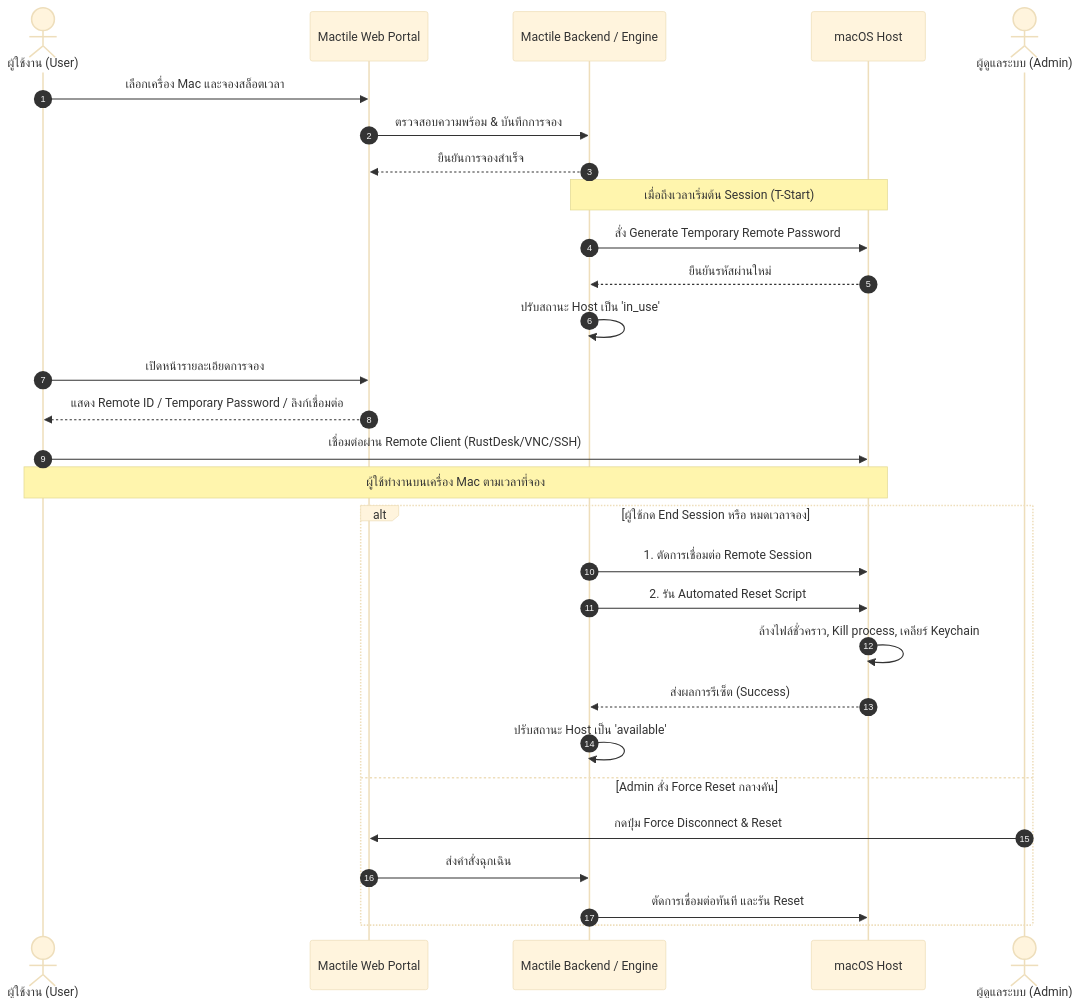
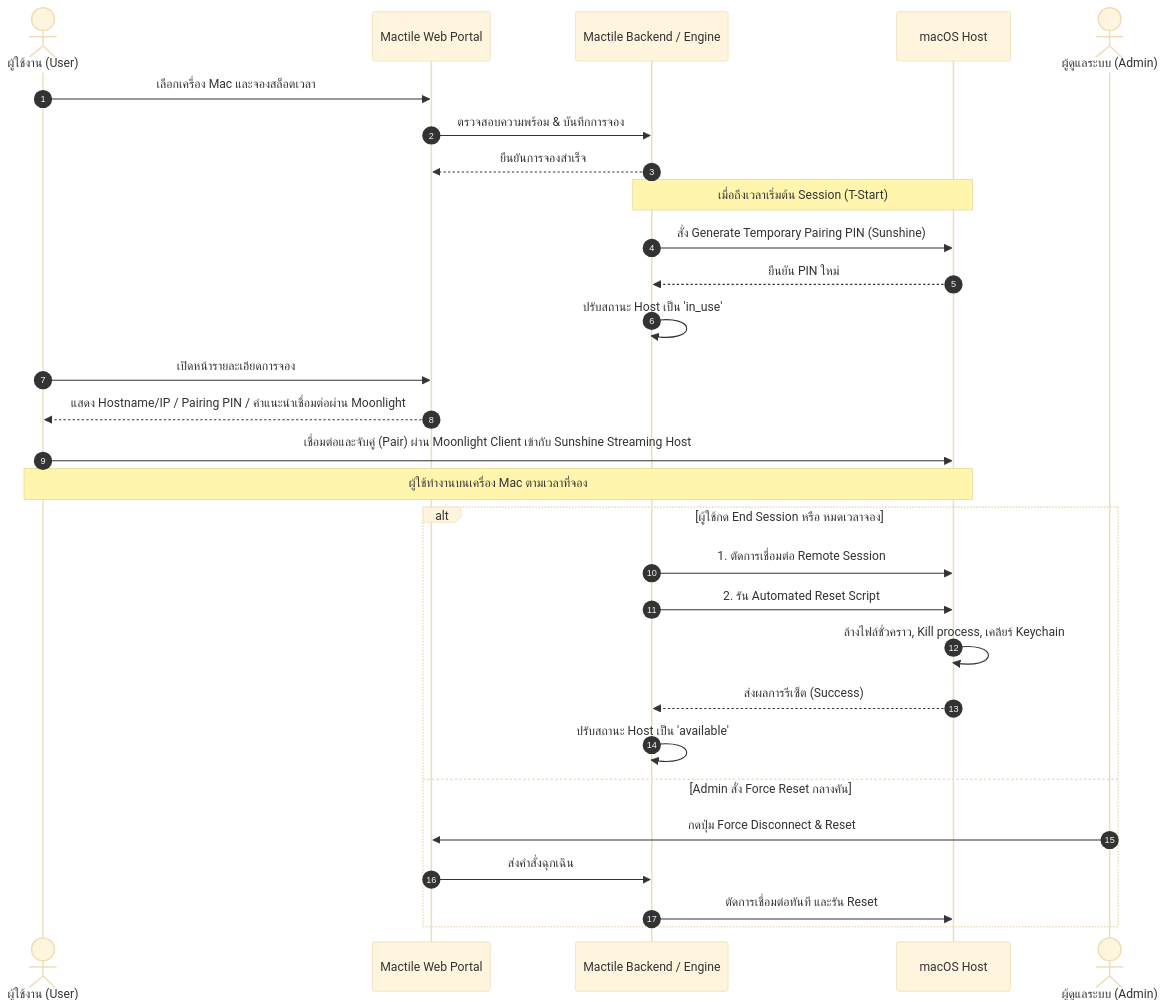
One commit to Sc4ll0pS/LAB-DOC changed the third of 3 diagrams in docs/requirements_specification.md. Above: the diagram before and after it, drawn with Mermaid (base theme). The commit also changed other lines of this file and 3 other files, not shown here.

````diff
--- a/docs/requirements_specification.md
+++ b/docs/requirements_specification.md
@@ -275,36 +277,36 @@
 ```mermaid
 sequenceDiagram
     autonumber
     actor User as ผู้ใช้งาน (User)
     participant Web as Mactile Web Portal
     participant Core as Mactile Backend / Engine
     participant Host as macOS Host
     actor Admin as ผู้ดูแลระบบ (Admin)
 
     User->>Web: เลือกเครื่อง Mac และจองสล็อตเวลา
     Web->>Core: ตรวจสอบความพร้อม & บันทึกการจอง
     Core-->>Web: ยืนยันการจองสำเร็จ
 
     Note over Core,Host: เมื่อถึงเวลาเริ่มต้น Session (T-Start)
-    Core->>Host: สั่ง Generate Temporary Remote Password
-    Host-->>Core: ยืนยันรหัสผ่านใหม่
+    Core->>Host: สั่ง Generate Temporary Pairing PIN (Sunshine)
+    Host-->>Core: ยืนยัน PIN ใหม่
     Core->>Core: ปรับสถานะ Host เป็น 'in_use'
 
     User->>Web: เปิดหน้ารายละเอียดการจอง
-    Web-->>User: แสดง Remote ID / Temporary Password / ลิงก์เชื่อมต่อ
-    User->>Host: เชื่อมต่อผ่าน Remote Client (RustDesk/VNC/SSH)
+    Web-->>User: แสดง Hostname/IP / Pairing PIN / คำแนะนำเชื่อมต่อผ่าน Moonlight
+    User->>Host: เชื่อมต่อและจับคู่ (Pair) ผ่าน Moonlight Client เข้ากับ Sunshine Streaming Host
     
     Note over User,Host: ผู้ใช้ทำงานบนเครื่อง Mac ตามเวลาที่จอง
 
     alt ผู้ใช้กด End Session หรือ หมดเวลาจอง
         Core->>Host: 1. ตัดการเชื่อมต่อ Remote Session
         Core->>Host: 2. รัน Automated Reset Script
         Host->>Host: ล้างไฟล์ชั่วคราว, Kill process, เคลียร์ Keychain
         Host-->>Core: ส่งผลการรีเซ็ต (Success)
         Core->>Core: ปรับสถานะ Host เป็น 'available'
     else Admin สั่ง Force Reset กลางคัน
         Admin->>Web: กดปุ่ม Force Disconnect & Reset
         Web->>Core: ส่งคำสั่งฉุกเฉิน
         Core->>Host: ตัดการเชื่อมต่อทันที และรัน Reset
     end
 ```
````
